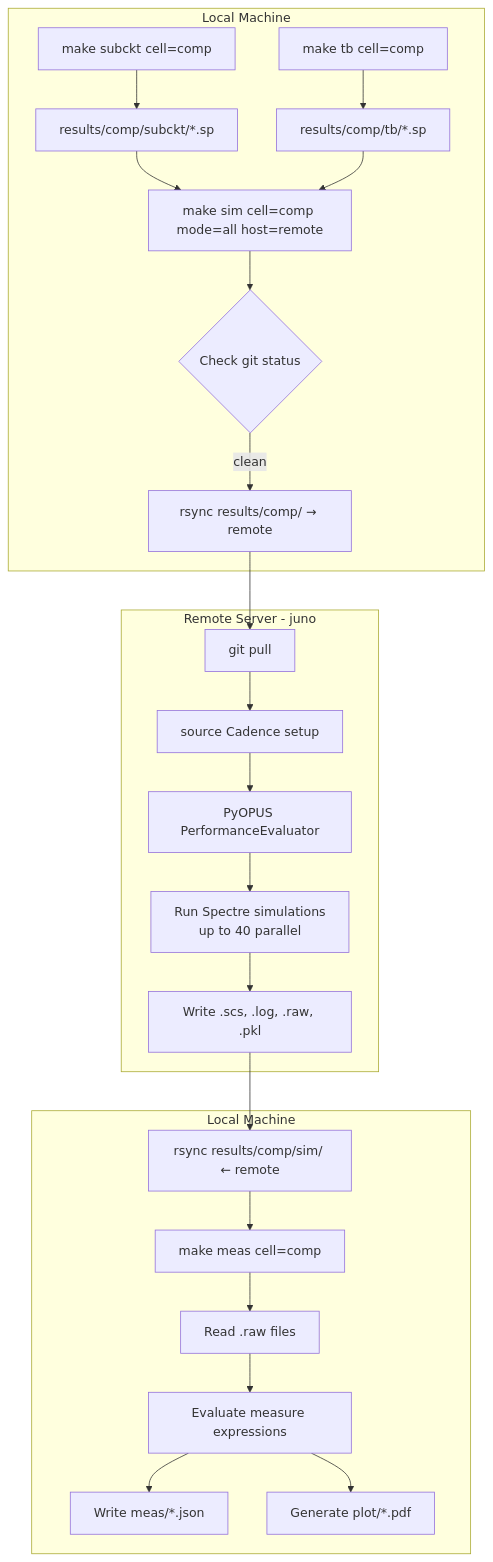
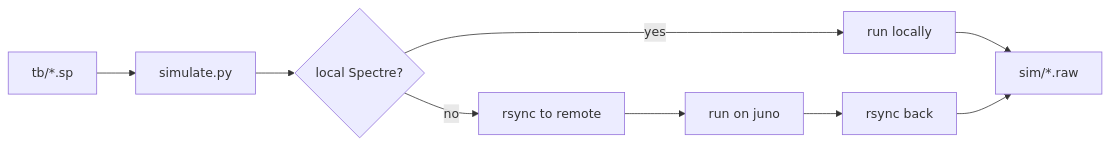
One commit to kcaisley/frida changed the first of 3 diagrams in readme.md. Above: the diagram before and after it, drawn with Mermaid. The commit also changed other lines of this file, not shown here.

````diff
--- a/readme.md
+++ b/readme.md
@@ -181,29 +180,10 @@
 ```mermaid
-flowchart TB
-    subgraph LOCAL1 [Local Machine]
-        A[make subckt cell=comp] --> B[results/comp/subckt/*.sp]
-        C[make tb cell=comp] --> D[results/comp/tb/*.sp]
-        B & D --> E[make sim cell=comp mode=all host=remote]
-        E --> F{Check git status}
-        F -->|clean| G[rsync results/comp/ → remote]
-    end
-
-    G --> H
-
-    subgraph REMOTE [Remote Server - juno]
-        H[git pull] --> I[source Cadence setup]
-        I --> J[PyOPUS PerformanceEvaluator]
-        J --> K[Run Spectre simulations\n up to 40 parallel]
-        K --> L[Write .scs, .log, .raw, .pkl]
-    end
-
-    L --> M
-
-    subgraph LOCAL2 [Local Machine]
-        M[rsync results/comp/sim/ ← remote] --> N[make meas cell=comp]
-        N --> O[Read .raw files]
-        O --> P[Evaluate measure expressions]
-        P --> Q[Write meas/*.json]
-        P --> R[Generate plot/*.pdf]
-    end
+flowchart LR
+    A[tb/*.sp] --> B[simulate.py]
+    B --> C{local Spectre?}
+    C -->|yes| D[run locally]
+    C -->|no| E[rsync to remote]
+    E --> F[run on juno]
+    F --> G[rsync back]
+    D & G --> H[sim/*.raw]
 ```
````
